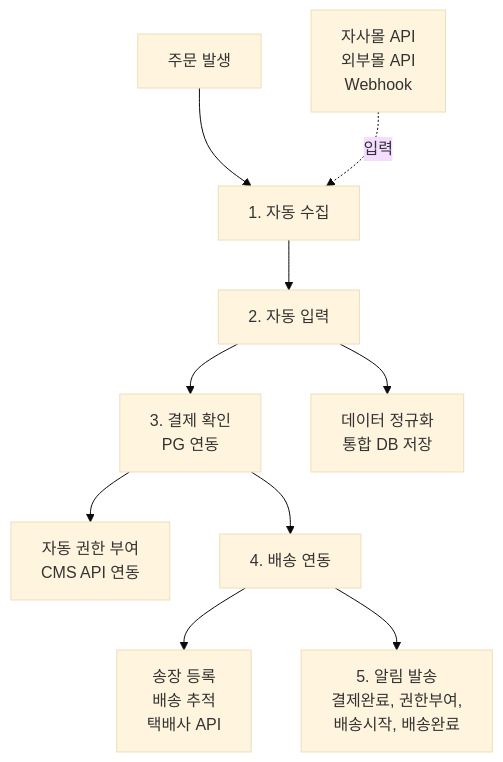
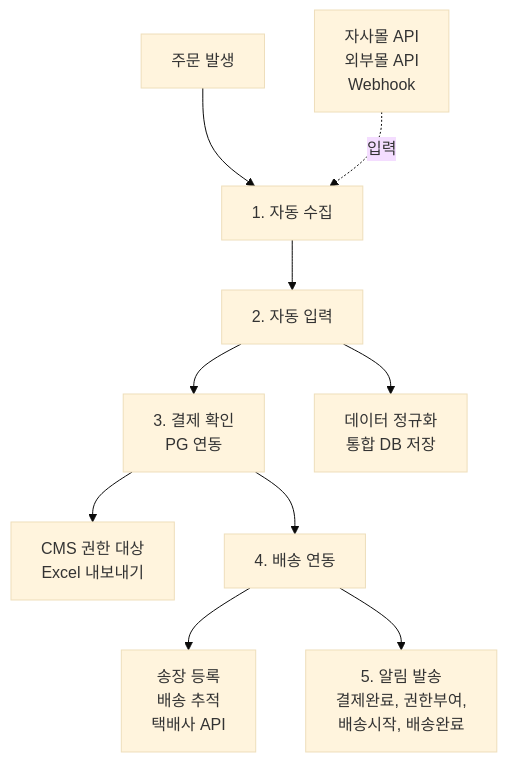
The first of 6 diagrams in src/content/docs/goodthinking-isp/04-design/process-automation.md (sknkwoxs/manual-book), drawn with Mermaid (base theme) before and after one commit. The commit also changed other lines of this file and 6 other files, not shown here.

````diff
--- a/src/content/docs/goodthinking-isp/04-design/process-automation.md
+++ b/src/content/docs/goodthinking-isp/04-design/process-automation.md
@@ -91,24 +91,24 @@
 ```mermaid
 graph TD
     A["주문 발생"]
     B["1. 자동 수집"]
     C["2. 자동 입력"]
     D["3. 결제 확인<br/>PG 연동"]
-    E["자동 권한 부여<br/>CMS API 연동"]
+    E["CMS 권한 대상<br/>Excel 내보내기"]
     F["4. 배송 연동"]
     G["송장 등록<br/>배송 추적<br/>택배사 API"]
     H["5. 알림 발송<br/>결제완료, 권한부여,<br/>배송시작, 배송완료"]
     
     I["자사몰 API<br/>외부몰 API<br/>Webhook"]
     J["데이터 정규화<br/>통합 DB 저장"]
     
     A --> B
     I -.->|입력| B
     B --> C
     C --> J
     C --> D
     D --> E
     D --> F
     F --> G
     F --> H
 ```
````
